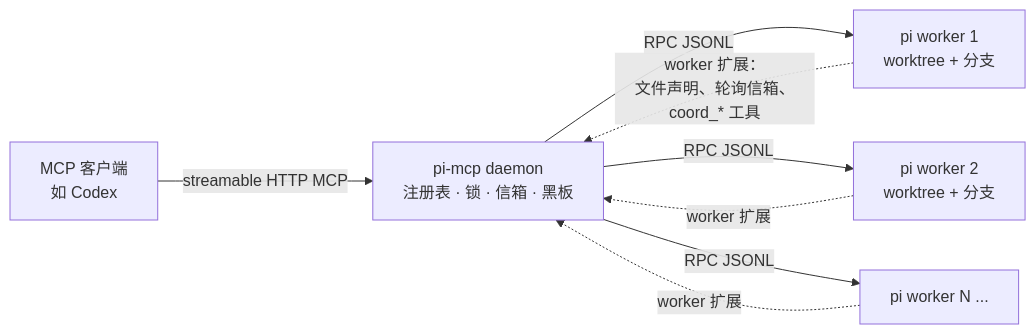
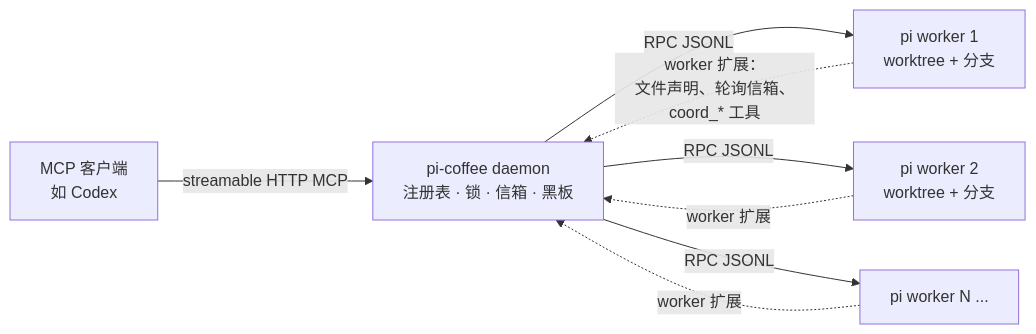
Before and after one commit to lucasjingcn/pi-coffee: the diagram in README.zh-CN.md, drawn with Mermaid. The commit also changed other lines of this file and 35 other files, not shown here.

````diff
--- a/README.zh-CN.md
+++ b/README.zh-CN.md
@@ -88,10 +88,10 @@
 ```mermaid
 flowchart LR
-    Codex[MCP 客户端<br/>如 Codex] -- "streamable HTTP MCP" --> Daemon[pi-mcp daemon<br/>注册表 · 锁 · 信箱 · 黑板]
+    Codex[MCP 客户端<br/>如 Codex] -- "streamable HTTP MCP" --> Daemon[pi-coffee daemon<br/>注册表 · 锁 · 信箱 · 黑板]
     Daemon -- "RPC JSONL" --> W1[pi worker 1<br/>worktree + 分支]
     Daemon -- "RPC JSONL" --> W2[pi worker 2<br/>worktree + 分支]
     Daemon -- "RPC JSONL" --> WN[pi worker N ...]
     W1 -. "worker 扩展：<br/>文件声明、轮询信箱、coord_* 工具" .-> Daemon
     W2 -. "worker 扩展" .-> Daemon
     WN -. "worker 扩展" .-> Daemon
 ```
````
